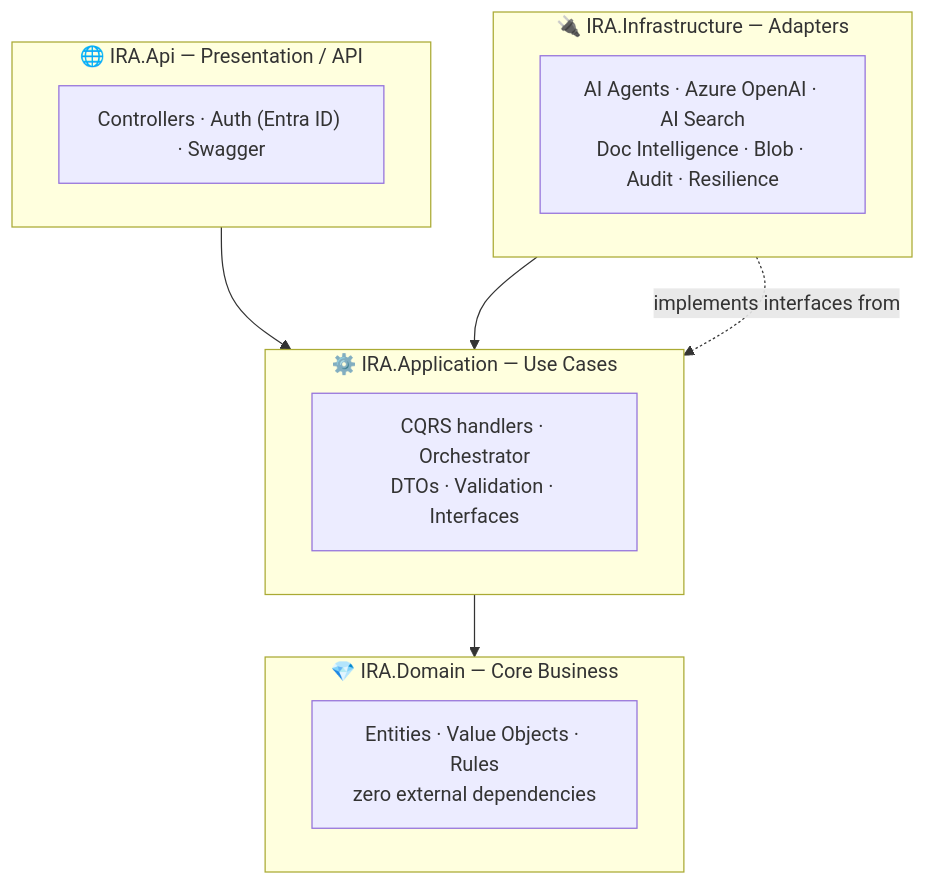
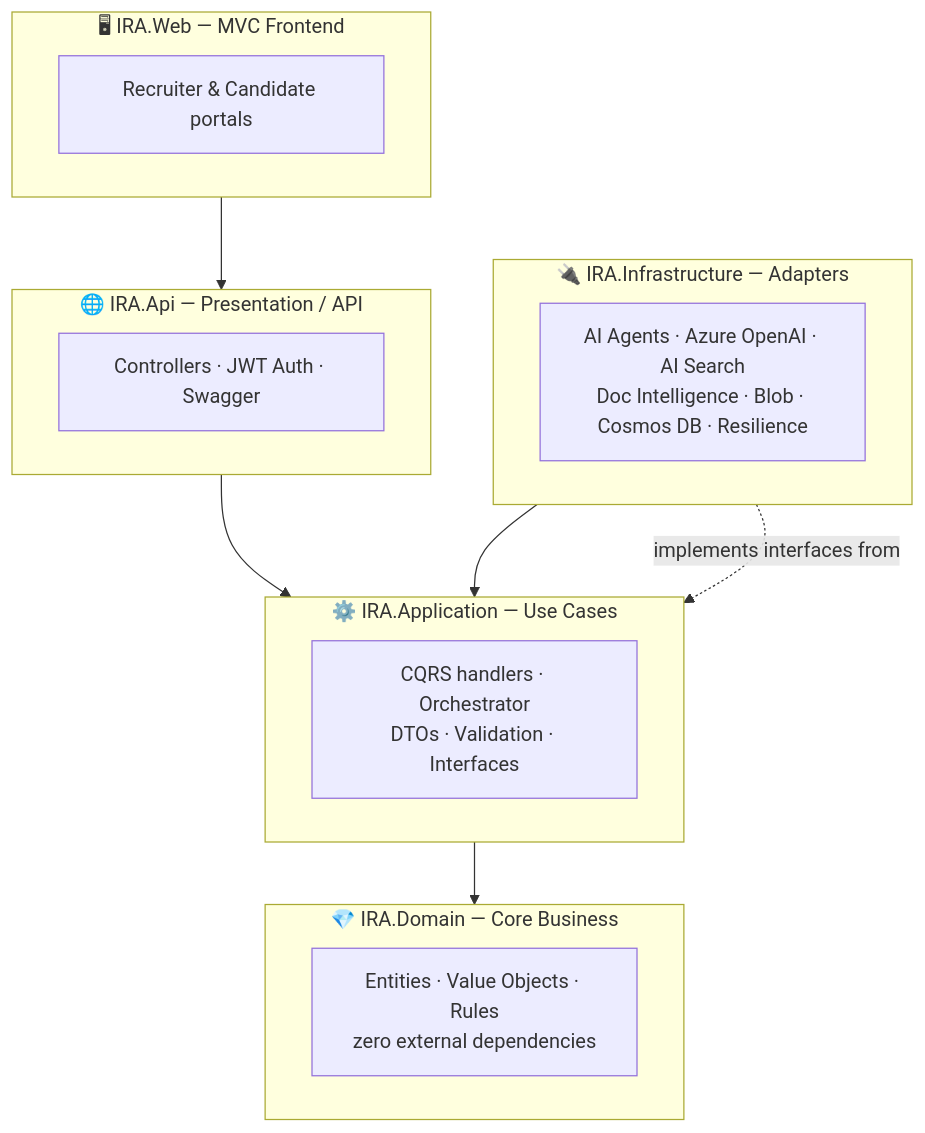
Before and after one commit to ojas2005/IntelligentRecruitmentAssistant: the fourth of 4 diagrams in README.md, drawn with Mermaid. The commit also changed other lines of this file and 15 other files, not shown here.

First line of the commit message:
[IRA].Docs- Animated README with illustrations & project flow

````diff
--- a/README.md
+++ b/README.md
@@ -239,20 +206,24 @@
 ```mermaid
 flowchart TB
     subgraph API["🌐 IRA.Api — Presentation / API"]
-        C["Controllers · Auth (Entra ID) · Swagger"]
+        C["Controllers · JWT Auth · Swagger"]
     end
     subgraph APP["⚙️ IRA.Application — Use Cases"]
         AP["CQRS handlers · Orchestrator<br/>DTOs · Validation · Interfaces"]
     end
     subgraph DOM["💎 IRA.Domain — Core Business"]
         D["Entities · Value Objects · Rules<br/>zero external dependencies"]
     end
     subgraph INF["🔌 IRA.Infrastructure — Adapters"]
-        IN["AI Agents · Azure OpenAI · AI Search<br/>Doc Intelligence · Blob · Audit · Resilience"]
+        IN["AI Agents · Azure OpenAI · AI Search<br/>Doc Intelligence · Blob · Cosmos DB · Resilience"]
+    end
+    subgraph WEB["🖥 IRA.Web — MVC Frontend"]
+        W["Recruiter & Candidate portals"]
     end
 
+    WEB --> API
     API --> APP
     INF --> APP
     APP --> DOM
     INF -. implements interfaces from .-> APP
 ```
````
